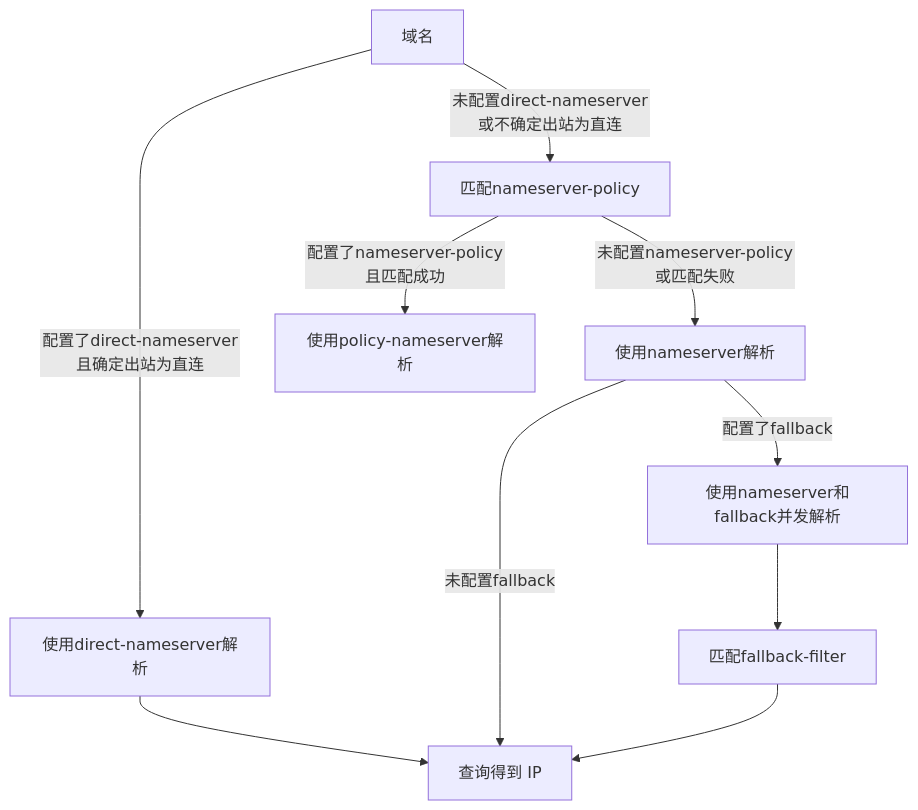
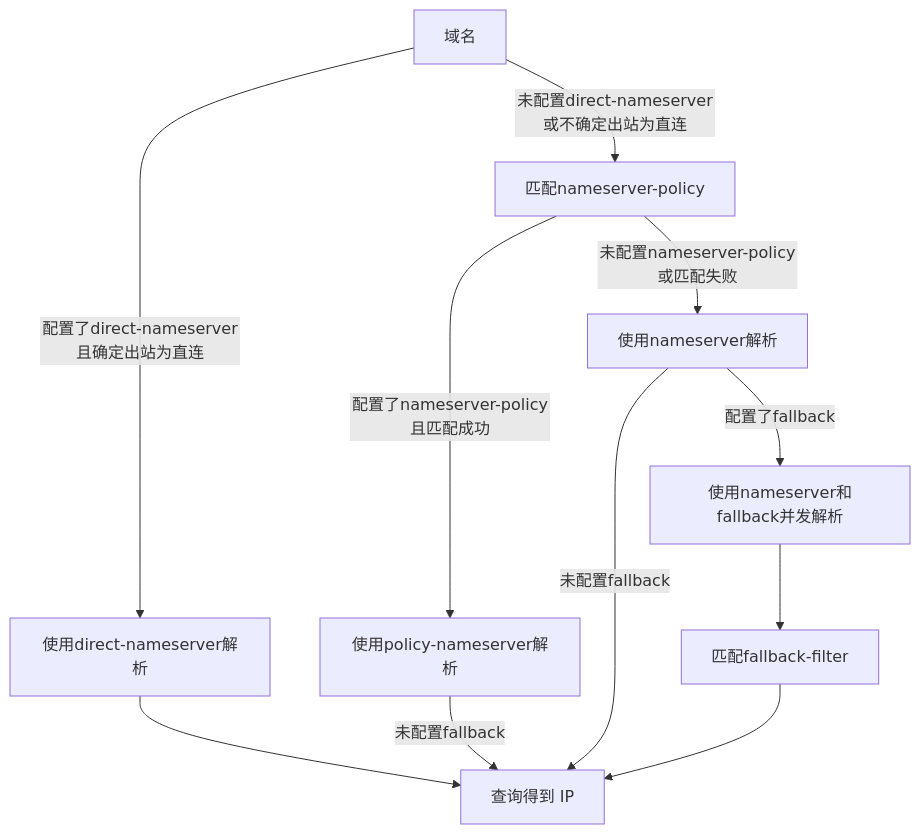
One commit to Jishi0/sub-rule changed the second of 2 diagrams in mihomoDNS解析流程.md. Above: the diagram before and after it, drawn with Mermaid.

````diff
--- a/mihomoDNS解析流程.md
+++ b/mihomoDNS解析流程.md
@@ -28,14 +28,15 @@
 ```mermaid
 flowchart TD
   start[域名] --> |配置了direct-nameserver且确定出站为直连|Direct_Lookup[使用direct-nameserver解析]
   Direct_Lookup --> End[查询得到 IP]
 
   start --> |未配置direct-nameserver或不确定出站为直连|Policy[匹配nameserver-policy]
   Policy --> |配置了nameserver-policy且匹配成功|Policy_Lookup[使用policy-nameserver解析]
+  Policy_Lookup --> |未配置fallback|End
   Policy --> |未配置nameserver-policy或匹配失败|Lookup[使用nameserver解析]
   Lookup --> |未配置fallback|End
   Lookup --> |配置了fallback|FB_Lookup[使用nameserver和fallback并发解析]
   FB_Lookup --> FB_IP_Match[匹配fallback-filter]
   FB_IP_Match --> End
 
 ```
````
